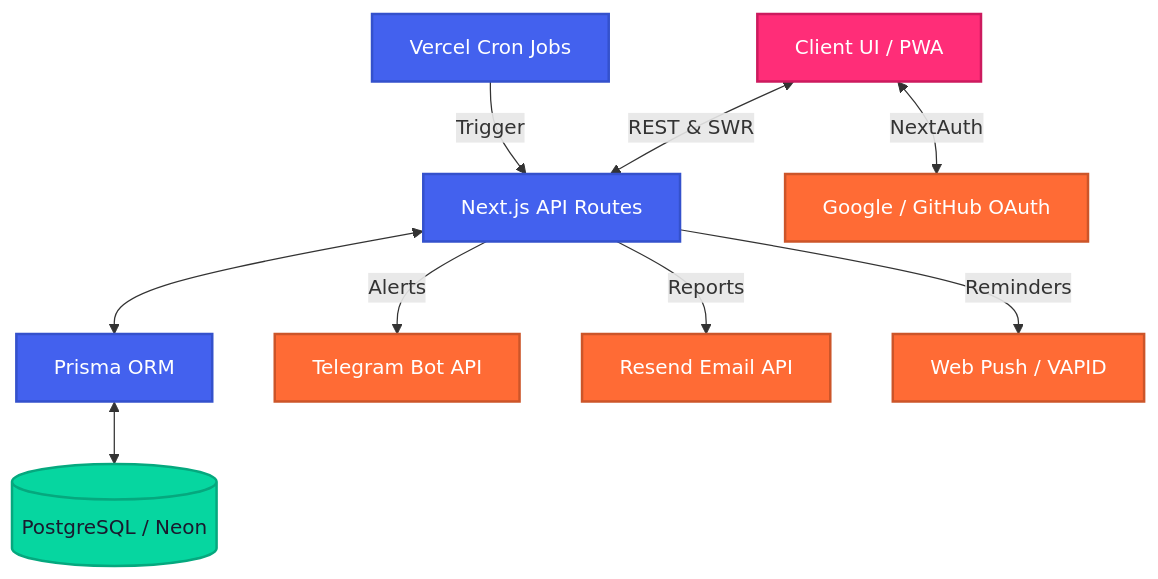
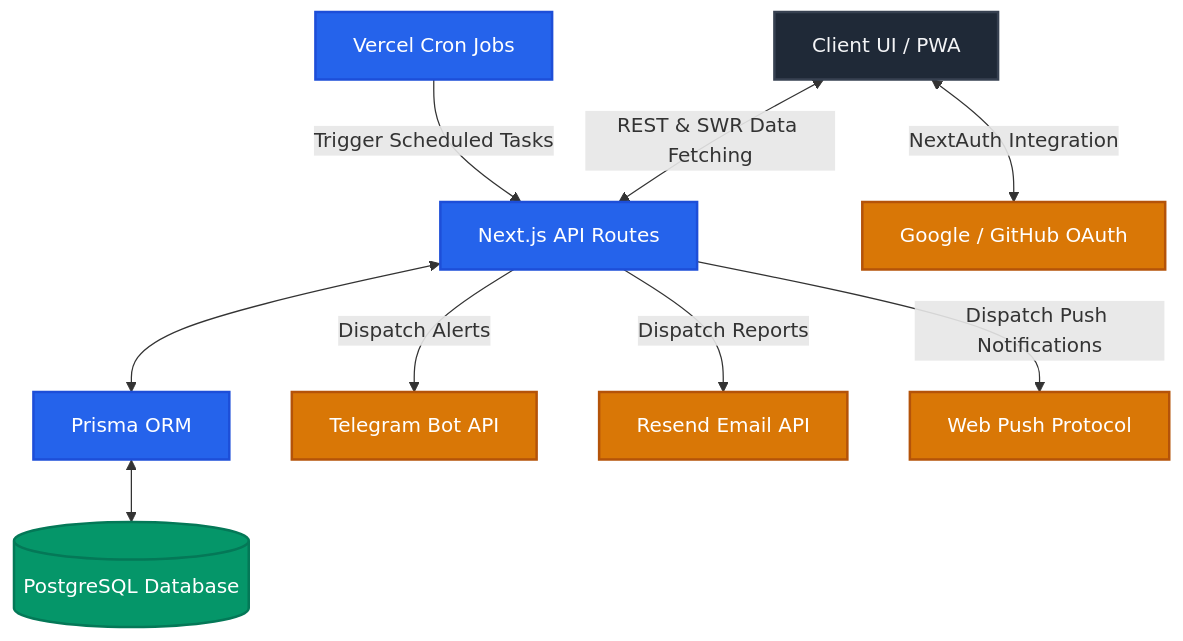
Before and after one commit to simply-mihir/attendease: the first of 3 diagrams in README.md, drawn with Mermaid. The commit also changed other lines of this file, not shown here.

````diff
--- a/README.md
+++ b/README.md
@@ -13,30 +13,27 @@
 ```mermaid
 graph TD
-    %% Define Styles
-    classDef client fill:#FF2D78,stroke:#cc1a5e,stroke-width:2px,color:#fff
-    classDef server fill:#4361ee,stroke:#3451cc,stroke-width:2px,color:#fff
-    classDef db fill:#06d6a0,stroke:#05a87e,stroke-width:2px,color:#1a1a2e
-    classDef external fill:#ff6b35,stroke:#cc5529,stroke-width:2px,color:#fff
+    classDef client fill:#1f2937,stroke:#374151,stroke-width:2px,color:#f3f4f6
+    classDef server fill:#2563eb,stroke:#1d4ed8,stroke-width:2px,color:#ffffff
+    classDef db fill:#059669,stroke:#047857,stroke-width:2px,color:#ffffff
+    classDef external fill:#d97706,stroke:#b45309,stroke-width:2px,color:#ffffff
 
-    %% Nodes
     Client[Client UI / PWA]:::client
     NextAPI[Next.js API Routes]:::server
     Cron[Vercel Cron Jobs]:::server
     Prisma[Prisma ORM]:::server
-    DB[(PostgreSQL / Neon)]:::db
+    DB[(PostgreSQL Database)]:::db
     
     Telegram[Telegram Bot API]:::external
     Resend[Resend Email API]:::external
-    WebPush[Web Push / VAPID]:::external
+    WebPush[Web Push Protocol]:::external
     OAuth[Google / GitHub OAuth]:::external
 
-    %% Connections
-    Client <-->|REST & SWR| NextAPI
-    Client <-->|NextAuth| OAuth
+    Client <-->|REST & SWR Data Fetching| NextAPI
+    Client <-->|NextAuth Integration| OAuth
     NextAPI <--> Prisma
-    Cron -->|Trigger| NextAPI
+    Cron -->|Trigger Scheduled Tasks| NextAPI
     Prisma <--> DB
-    NextAPI -->|Alerts| Telegram
-    NextAPI -->|Reports| Resend
-    NextAPI -->|Reminders| WebPush
+    NextAPI -->|Dispatch Alerts| Telegram
+    NextAPI -->|Dispatch Reports| Resend
+    NextAPI -->|Dispatch Push Notifications| WebPush
 ```
````
